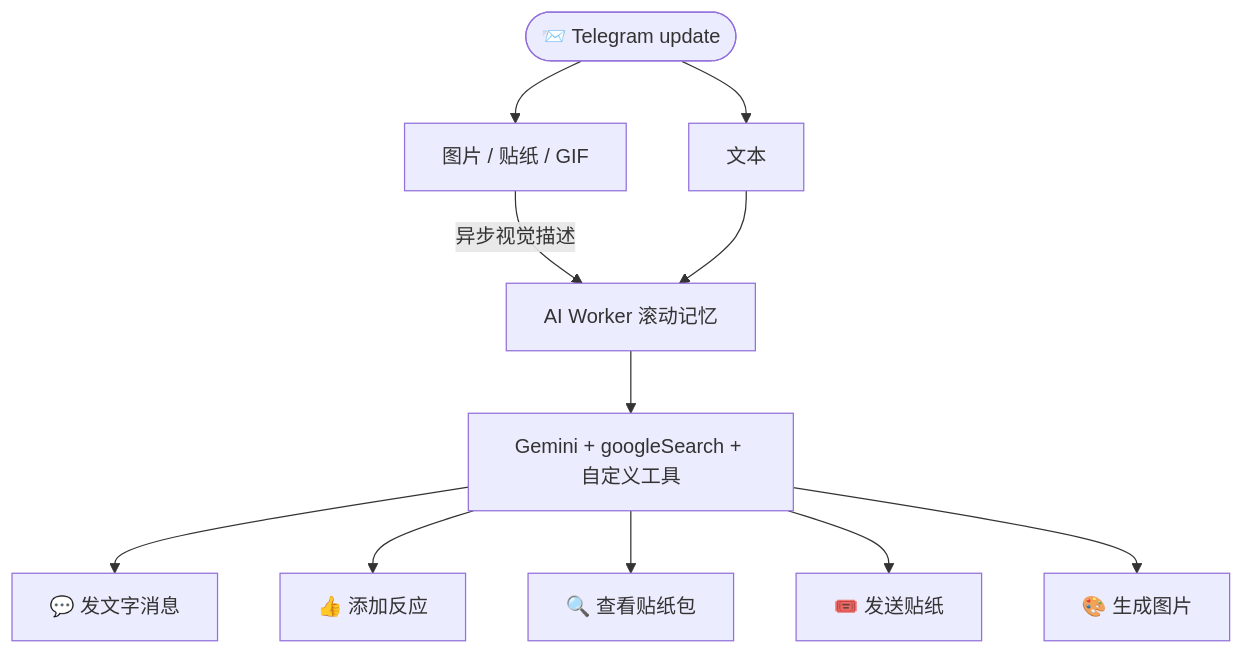
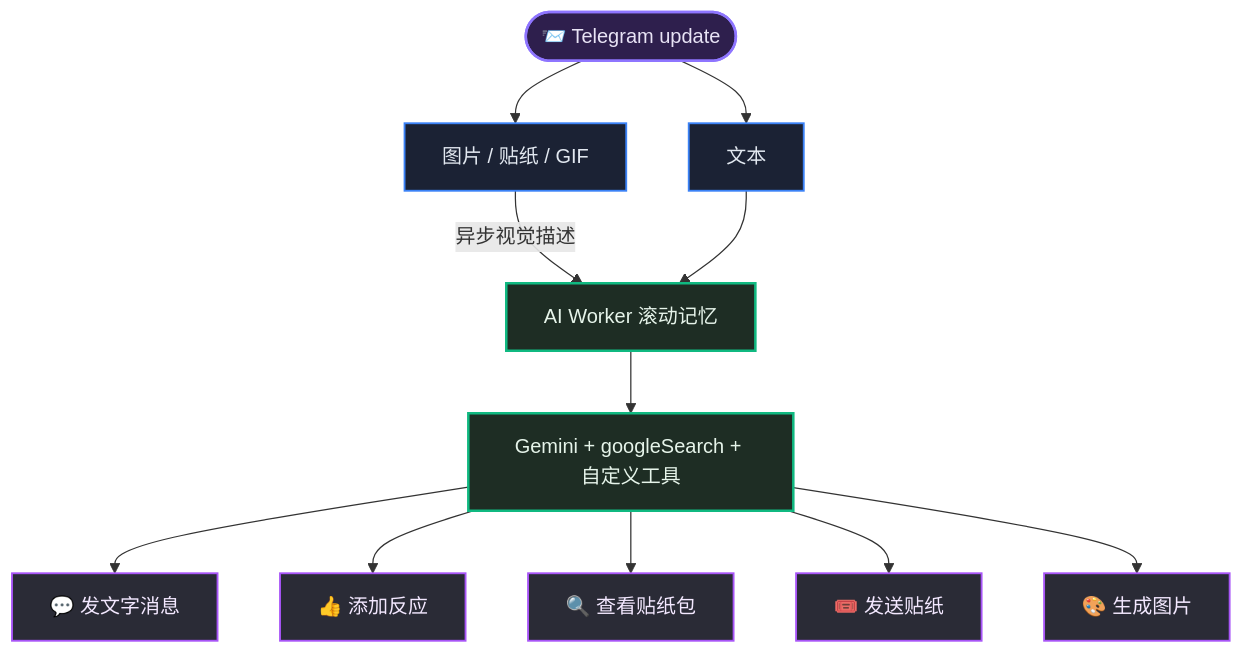
One commit to Asashishi/copy_ninjia changed the first of 2 diagrams in README.md. Above: the diagram before and after it, drawn with Mermaid. The commit also changed other lines of this file and 2 other files, not shown here.

````diff
--- a/README.md
+++ b/README.md
@@ -97,13 +127,20 @@
 ```mermaid
 flowchart TD
-    U(["📨 Telegram update"]) --> TXT["文本"]
-    U --> MED["图片 / 贴纸 / GIF"]
-    MED -- 异步视觉描述 --> MEM["AI Worker 滚动记忆"]
+    %% 样式定义以增强视觉效果
+    classDef input fill:#2e1f4d,stroke:#8e75ff,stroke-width:2px,color:#e8e3f5;
+    classDef process fill:#1b2234,stroke:#3b82f6,stroke-width:1.5px,color:#e2e8f0;
+    classDef ai fill:#1e2d24,stroke:#10b981,stroke-width:2px,color:#e6f4ea;
+    classDef action fill:#2a2b36,stroke:#a855f7,stroke-width:1.5px,color:#f3e8ff;
+
+    U(["📨 Telegram update"]):::input --> TXT["文本"]:::process
+    U --> MED["图片 / 贴纸 / GIF"]:::process
+    MED -- 异步视觉描述 --> MEM["AI Worker 滚动记忆"]:::ai
     TXT --> MEM
-    MEM --> G["Gemini + googleSearch + 自定义工具"]
-    G --> A1["💬 发文字消息"]
-    G --> A2["👍 添加反应"]
-    G --> A3["🔍 查看贴纸包"]
-    G --> A4["🎟️ 发送贴纸"]
-    G --> A5["🎨 生成图片"]
+    MEM --> G["Gemini + googleSearch + 自定义工具"]:::ai
+    
+    G --> A1["💬 发文字消息"]:::action
+    G --> A2["👍 添加反应"]:::action
+    G --> A3["🔍 查看贴纸包"]:::action
+    G --> A4["🎟️ 发送贴纸"]:::action
+    G --> A5["🎨 生成图片"]:::action
 ```
````
